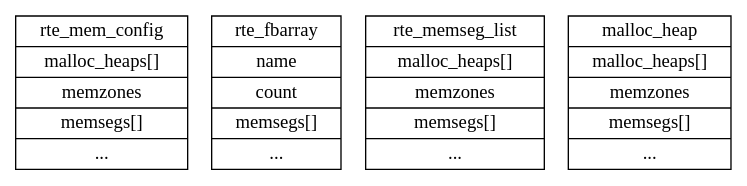
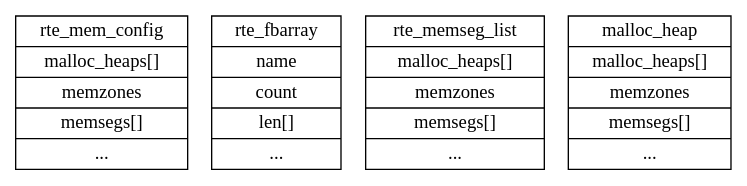
Before and after one commit to sisyphus1212/note: the diagram in dpdk/内存管理.md, drawn with Graphviz.

Commit message:
auto_update

````diff
--- a/dpdk/内存管理.md
+++ b/dpdk/内存管理.md
@@ -16,44 +16,44 @@
 ```graphviz
 digraph {
 	rte_mem_config[
 		label = "{
 		rte_mem_config|
         malloc_heaps[]|
 		memzones|
 		memsegs[]|
 		...
 		}",
 		shape = "record"
 	];
 	rte_fbarray[
 		label = "{
 		rte_fbarray|
         name|
 		count|
-		memsegs[]|
+		len[]|
 		...
 		}",
 		shape = "record"
 	];
 	rte_memseg_list[
 		label = "{
 		rte_memseg_list|
         malloc_heaps[]|
 		memzones|
 		memsegs[]|
 		...
 		}",
 		shape = "record"
 	];
 	malloc_heap[
 		label = "{
 		malloc_heap|
         malloc_heaps[]|
 		memzones|
 		memsegs[]|
 		...
 		}",
 		shape = "record"
 	];
 }
 ```
````
